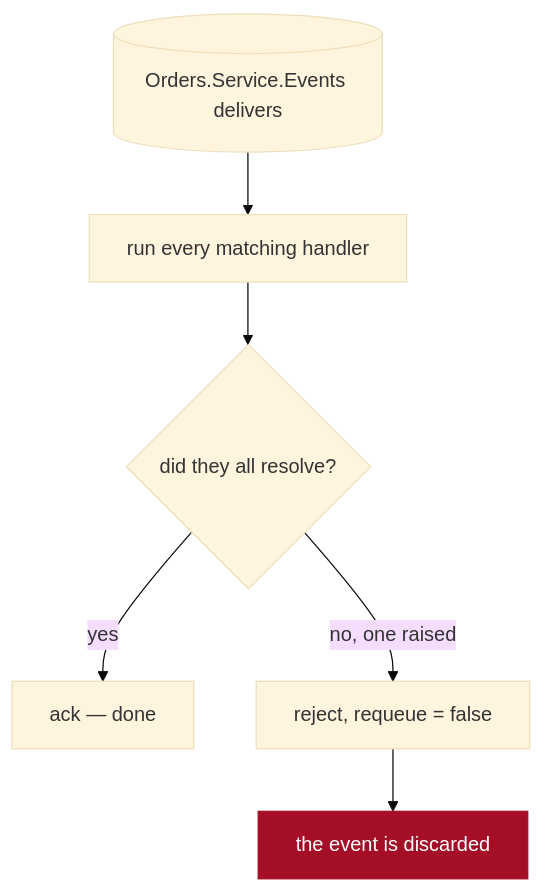
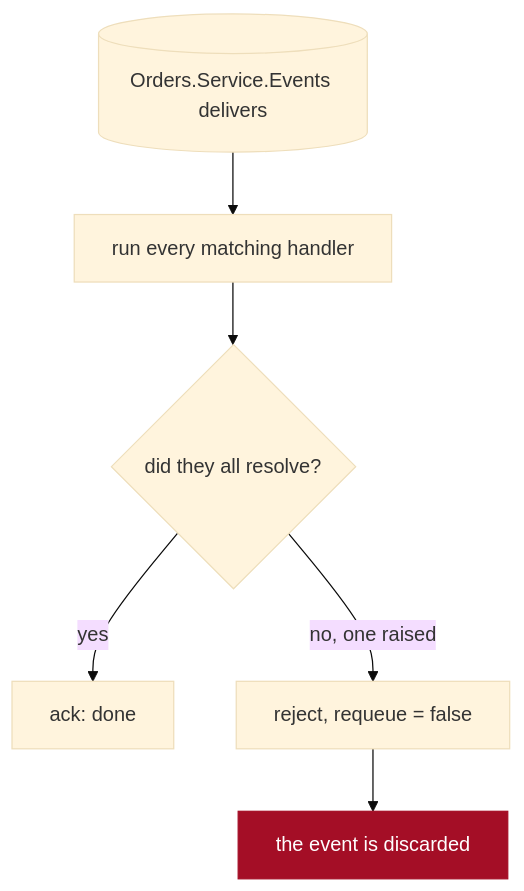
The second of 2 diagrams in docs/guide/events.md (ArielLaub/protobus-py), drawn with Mermaid (base theme) before and after one commit. The commit also changed other lines of this file and 28 other files, not shown here.

````diff
--- a/docs/guide/events.md
+++ b/docs/guide/events.md
@@ -280,10 +280,10 @@
 ```mermaid
 flowchart TD
     D[("Orders.Service.Events delivers")] --> H["run every matching handler"]
     H --> OK{"did they all resolve?"}
-    OK -->|yes| A["ack — done"]
+    OK -->|yes| A["ack: done"]
     OK -->|"no, one raised"| R["reject, requeue = false"]
     R --> G["the event is discarded"]
 
     style G fill:#a40e26,color:#fff,stroke:#a40e26
 ```
````
